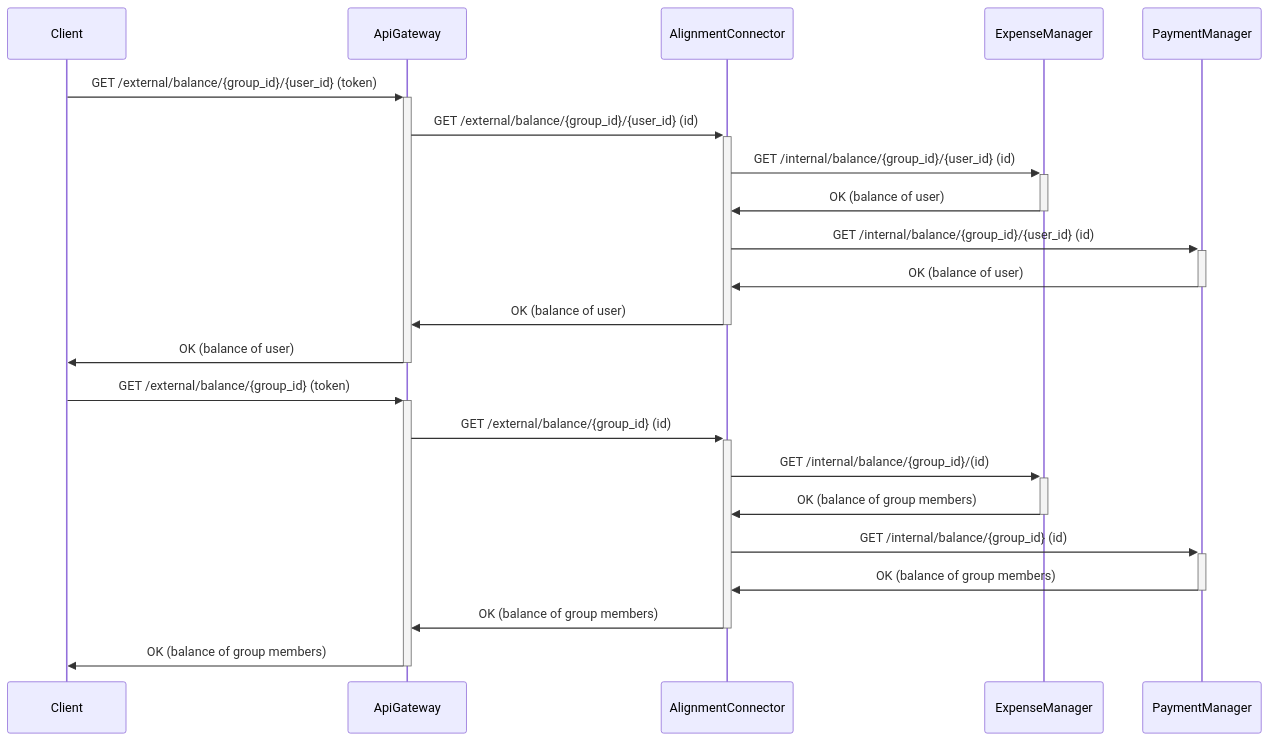
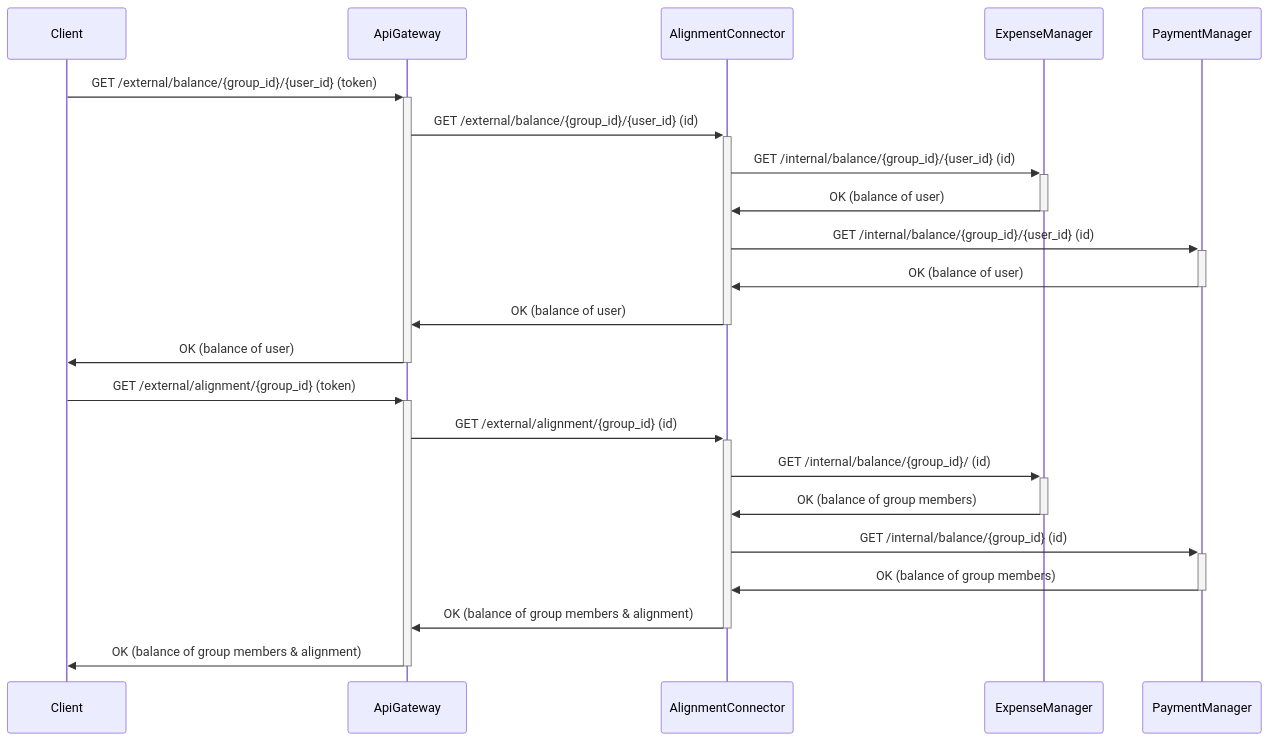
One commit to Group-Expense-Manager/gem-docs changed the seventh of 10 diagrams in docs/diagrams.md. Above: the diagram before and after it, drawn with Mermaid. The commit also changed other lines of this file, not shown here.

Commit message:
modified diagrams

````diff
--- a/docs/diagrams.md
+++ b/docs/diagrams.md
@@ -251,21 +251,21 @@
 ``` mermaid
 sequenceDiagram
 
 Client->>+ApiGateway: GET /external/balance/{group_id}/{user_id} (token)
 ApiGateway->>+AlignmentConnector: GET /external/balance/{group_id}/{user_id} (id)
 AlignmentConnector->>+ ExpenseManager: GET /internal/balance/{group_id}/{user_id} (id)
 ExpenseManager->>- AlignmentConnector: OK (balance of user)
 AlignmentConnector->>+ PaymentManager: GET /internal/balance/{group_id}/{user_id} (id)
 PaymentManager->>- AlignmentConnector: OK (balance of user)
 AlignmentConnector->>- ApiGateway: OK (balance of user)
 ApiGateway->>-Client: OK (balance of user)
 
-Client->>+ApiGateway: GET /external/balance/{group_id} (token)
-ApiGateway->>+AlignmentConnector: GET /external/balance/{group_id} (id)
-AlignmentConnector->>+ ExpenseManager: GET /internal/balance/{group_id}/(id)
+Client->>+ApiGateway: GET /external/alignment/{group_id} (token)
+ApiGateway->>+AlignmentConnector: GET /external/alignment/{group_id} (id)
+AlignmentConnector->>+ ExpenseManager: GET /internal/balance/{group_id}/ (id)
 ExpenseManager->>- AlignmentConnector: OK (balance of group members)
 AlignmentConnector->>+ PaymentManager: GET /internal/balance/{group_id} (id)
 PaymentManager->>- AlignmentConnector: OK (balance of group members)
-AlignmentConnector->>- ApiGateway: OK (balance of group members)
-ApiGateway->>-Client: OK (balance of group members)
+AlignmentConnector->>- ApiGateway: OK (balance of group members & alignment)
+ApiGateway->>-Client: OK (balance of group members & alignment)
 ```
````
